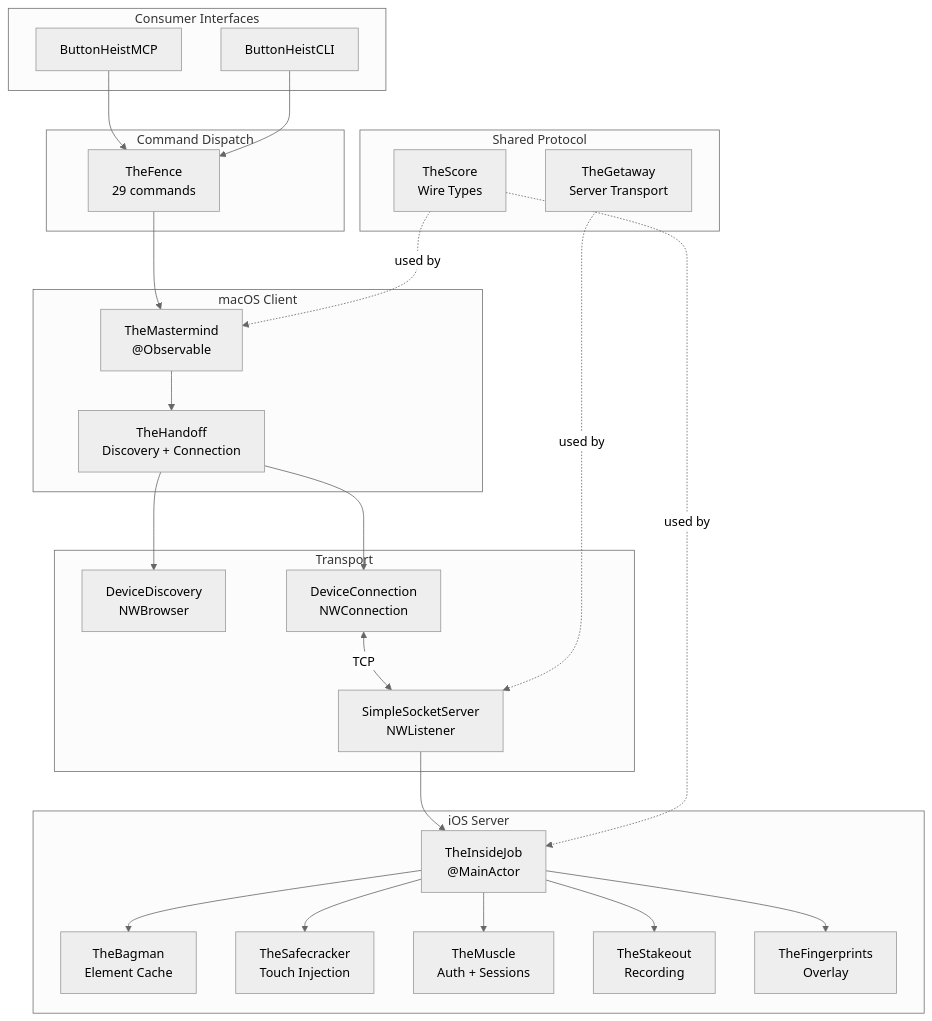
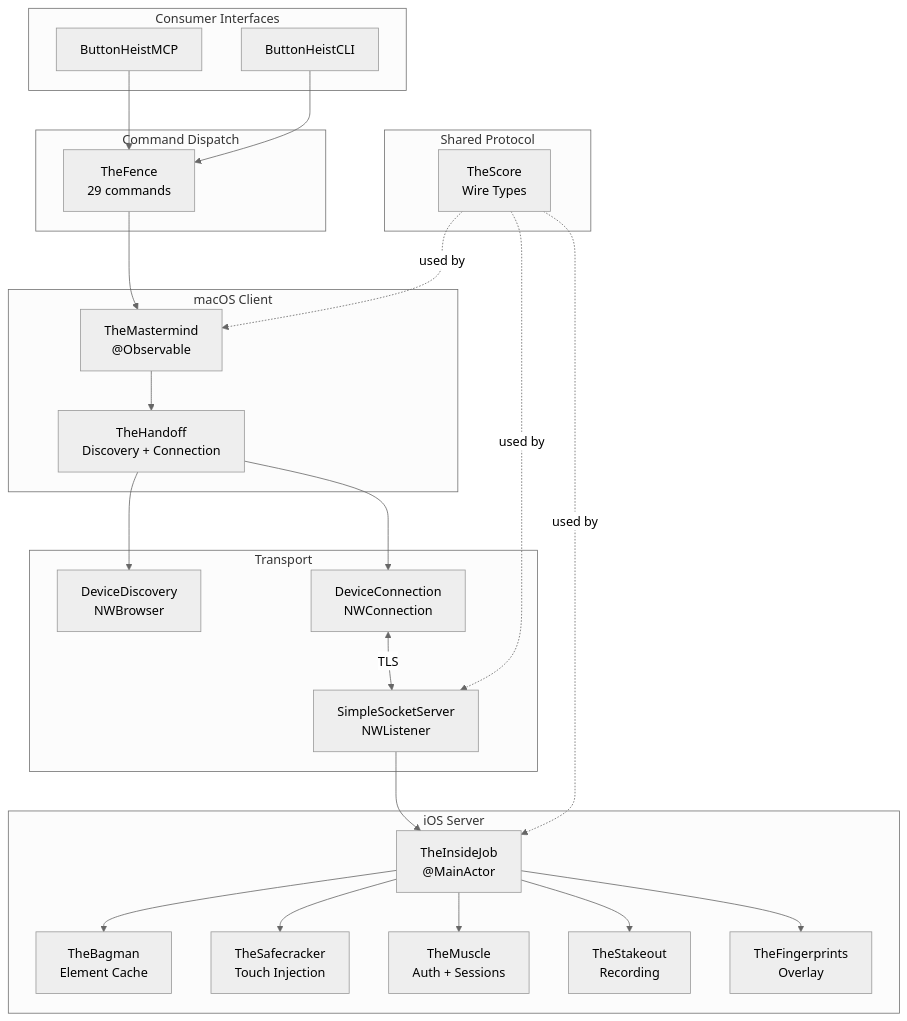
Before and after one commit to RoyalPineapple/TheButtonHeist: the second of 9 diagrams in .rp1/context/birds-eye-view.md, drawn with Mermaid (neutral theme). The commit also changed other lines of this file and 10 other files, not shown here.

````diff
--- a/.rp1/context/birds-eye-view.md
+++ b/.rp1/context/birds-eye-view.md
@@ -37,53 +37,52 @@
 ```mermaid
 flowchart TB
     subgraph ConsumerLayer["Consumer Interfaces"]
         MCP["ButtonHeistMCP"]
         CLI["ButtonHeistCLI"]
     end
 
     subgraph DispatchLayer["Command Dispatch"]
         Fence["TheFence\n29 commands"]
     end
 
     subgraph ClientLayer["macOS Client"]
         Mastermind["TheMastermind\n@Observable"]
         Handoff["TheHandoff\nDiscovery + Connection"]
     end
 
     subgraph TransportLayer["Transport"]
         Discovery["DeviceDiscovery\nNWBrowser"]
         Connection["DeviceConnection\nNWConnection"]
         SocketServer["SimpleSocketServer\nNWListener"]
     end
 
     subgraph ServerLayer["iOS Server"]
         InsideJob["TheInsideJob\n@MainActor"]
         Bagman["TheBagman\nElement Cache"]
         Safecracker["TheSafecracker\nTouch Injection"]
         Muscle["TheMuscle\nAuth + Sessions"]
         Stakeout["TheStakeout\nRecording"]
         Fingerprints["TheFingerprints\nOverlay"]
     end
 
     subgraph SharedLayer["Shared Protocol"]
         Score["TheScore\nWire Types"]
-        Getaway["TheGetaway\nServer Transport"]
     end
 
     MCP --> Fence
     CLI --> Fence
     Fence --> Mastermind
     Mastermind --> Handoff
     Handoff --> Discovery
     Handoff --> Connection
-    Connection <-->|TCP| SocketServer
+    Connection <-->|TLS| SocketServer
     SocketServer --> InsideJob
     InsideJob --> Bagman
     InsideJob --> Safecracker
     InsideJob --> Muscle
     InsideJob --> Stakeout
     InsideJob --> Fingerprints
     Score -.->|used by| InsideJob
     Score -.->|used by| Mastermind
-    Getaway -.->|used by| SocketServer
+    Score -.->|used by| SocketServer
 ```
````
